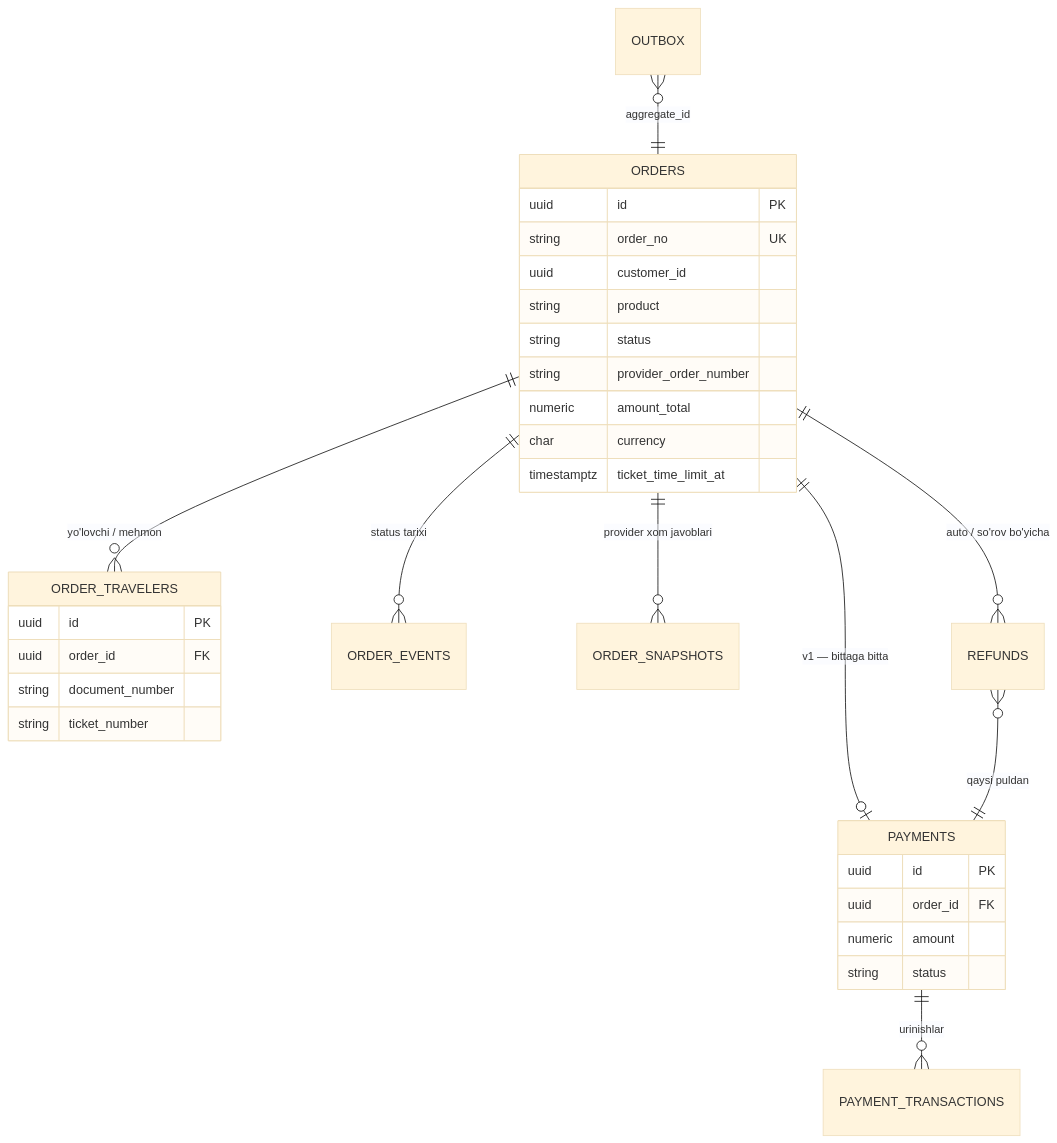
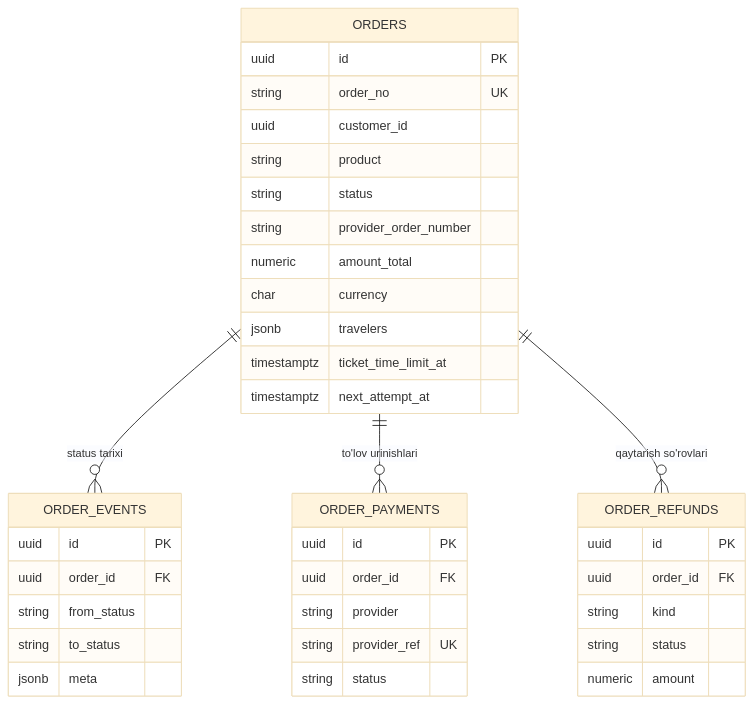
Before and after one commit to djumanov/b2c: the first of 4 diagrams in docs/order-system/03-design.md, drawn with Mermaid (base theme). The commit also changed other lines of this file and 3 other files, not shown here.

````diff
--- a/docs/order-system/03-design.md
+++ b/docs/order-system/03-design.md
@@ -50,35 +51,41 @@
 ```mermaid
 erDiagram
-    ORDERS ||--o{ ORDER_TRAVELERS : "yo'lovchi / mehmon"
     ORDERS ||--o{ ORDER_EVENTS : "status tarixi"
-    ORDERS ||--o{ ORDER_SNAPSHOTS : "provider xom javoblari"
-    ORDERS ||--o| PAYMENTS : "v1 — bittaga bitta"
-    PAYMENTS ||--o{ PAYMENT_TRANSACTIONS : "urinishlar"
-    ORDERS ||--o{ REFUNDS : "auto / so'rov bo'yicha"
-    REFUNDS }o--|| PAYMENTS : "qaysi puldan"
-    OUTBOX }o--|| ORDERS : "aggregate_id"
+    ORDERS ||--o{ ORDER_PAYMENTS : "to'lov urinishlari"
+    ORDERS ||--o{ ORDER_REFUNDS : "qaytarish so'rovlari"
 
     ORDERS {
         uuid id PK
         string order_no UK
         uuid customer_id
         string product
         string status
         string provider_order_number
         numeric amount_total
         char currency
+        jsonb travelers
         timestamptz ticket_time_limit_at
+        timestamptz next_attempt_at
     }
-    ORDER_TRAVELERS {
+    ORDER_EVENTS {
         uuid id PK
         uuid order_id FK
-        string document_number
-        string ticket_number
+        string from_status
+        string to_status
+        jsonb meta
     }
-    PAYMENTS {
+    ORDER_PAYMENTS {
         uuid id PK
         uuid order_id FK
-        numeric amount
+        string provider
+        string provider_ref UK
         string status
     }
+    ORDER_REFUNDS {
+        uuid id PK
+        uuid order_id FK
+        string kind
+        string status
+        numeric amount
+    }
 ```
````
